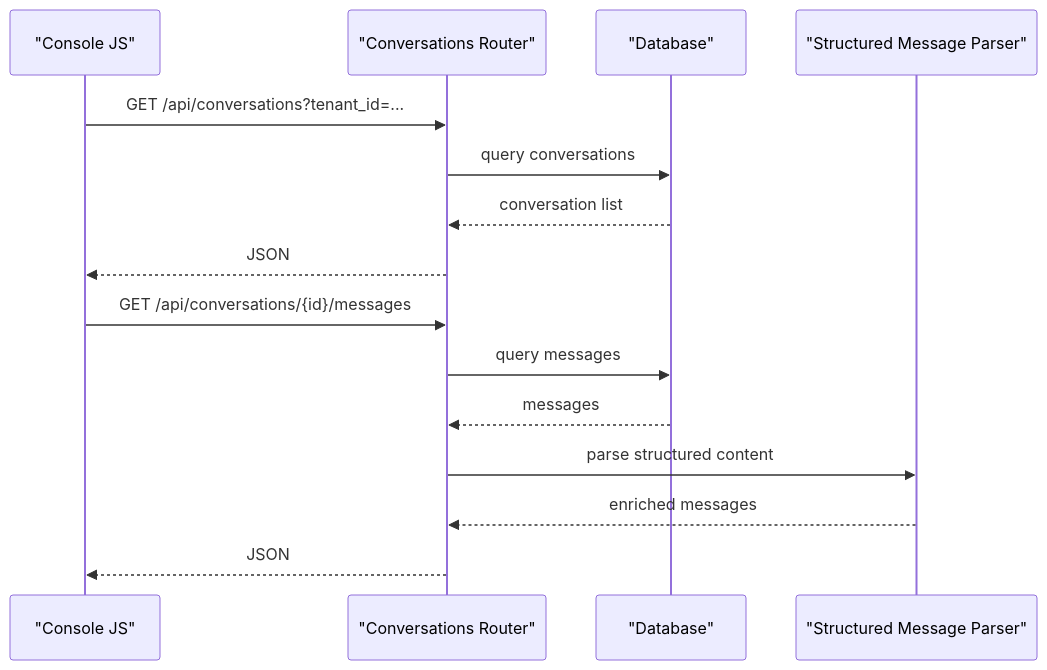
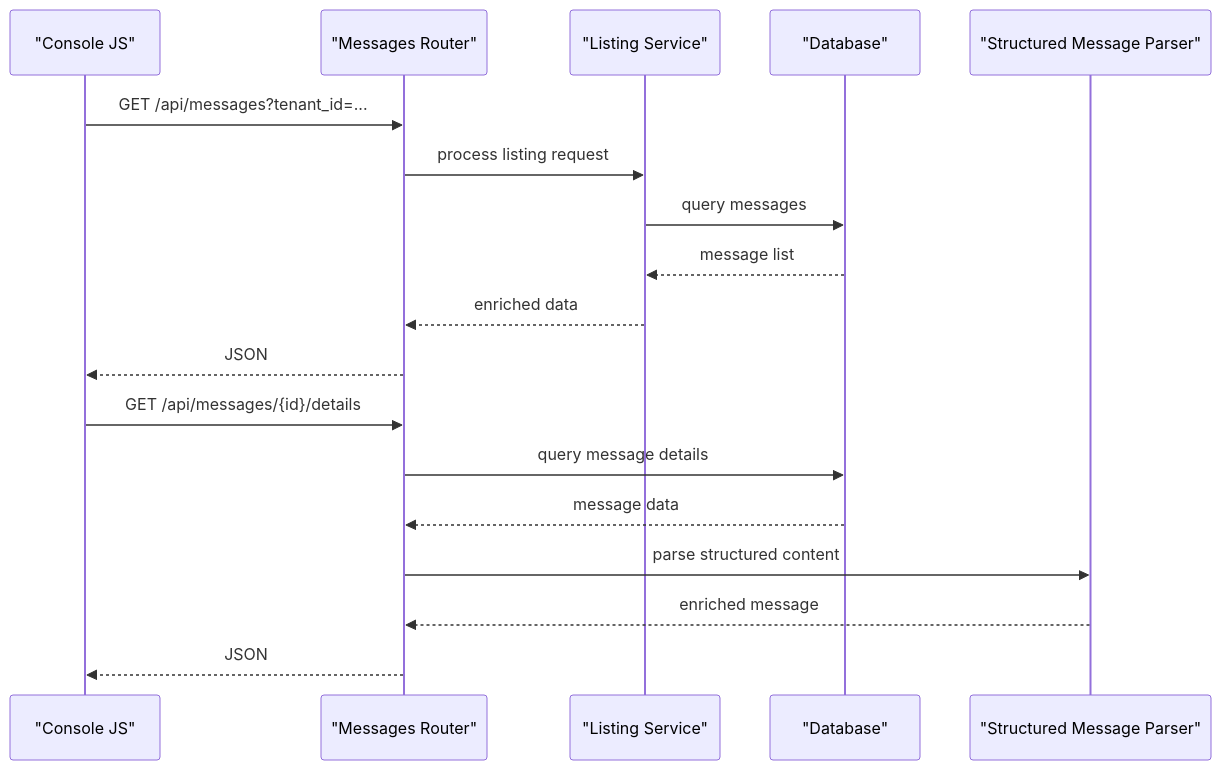
One commit to zuohaisu/wecom-archive changed the fifth of 16 diagrams in .qoder/repowiki/en/content/Architecture/Web Application Architecture/Web Application Architecture.md. Above: the diagram before and after it, drawn with Mermaid. The commit also changed other lines of this file and 148 other files, not shown here.

````diff
--- a/.qoder/repowiki/en/content/Architecture/Web Application Architecture/Web Application Architecture.md
+++ b/.qoder/repowiki/en/content/Architecture/Web Application Architecture/Web Application Architecture.md
@@ -237,17 +271,20 @@
 ```mermaid
 sequenceDiagram
 participant Browser as "Console JS"
-participant ConvRouter as "Conversations Router"
+participant MsgRouter as "Messages Router"
+participant Service as "Listing Service"
 participant DB as "Database"
 participant Parser as "Structured Message Parser"
-Browser->>ConvRouter : GET /api/conversations?tenant_id=...
-ConvRouter->>DB : query conversations
-DB-->>ConvRouter : conversation list
-ConvRouter-->>Browser : JSON
-Browser->>ConvRouter : GET /api/conversations/{id}/messages
-ConvRouter->>DB : query messages
-DB-->>ConvRouter : messages
-ConvRouter->>Parser : parse structured content
-Parser-->>ConvRouter : enriched messages
-ConvRouter-->>Browser : JSON
+Browser->>MsgRouter : GET /api/messages?tenant_id=...
+MsgRouter->>Service : process listing request
+Service->>DB : query messages
+DB-->>Service : message list
+Service-->>MsgRouter : enriched data
+MsgRouter-->>Browser : JSON
+Browser->>MsgRouter : GET /api/messages/{id}/details
+MsgRouter->>DB : query message details
+DB-->>MsgRouter : message data
+MsgRouter->>Parser : parse structured content
+Parser-->>MsgRouter : enriched message
+MsgRouter-->>Browser : JSON
 ```
````
